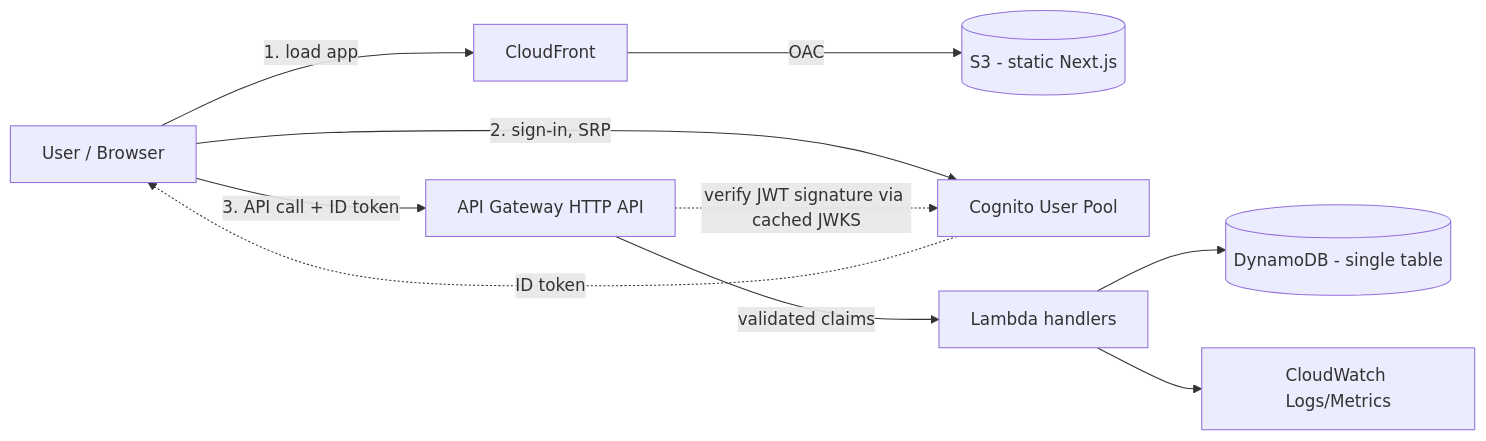
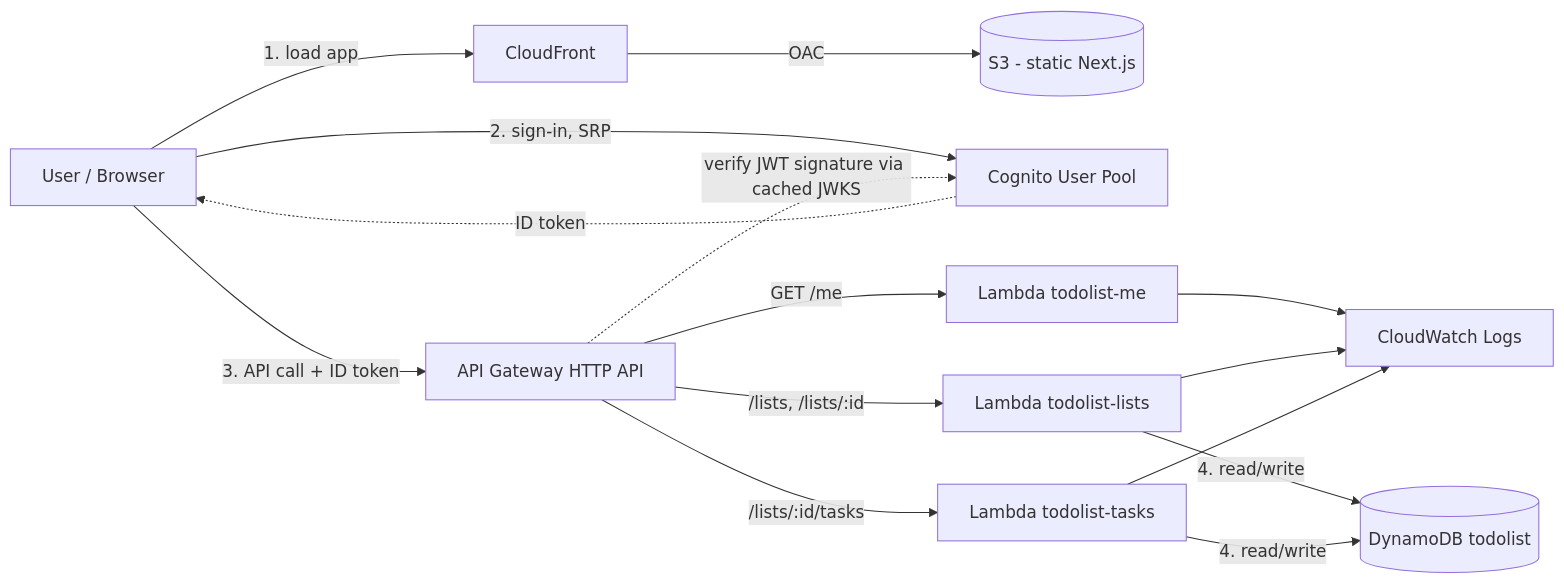
One commit to Pereira277/todolist-app changed the first of 3 diagrams in docs/architecture.md. Above: the diagram before and after it, drawn with Mermaid. The commit also changed other lines of this file and 6 other files, not shown here.

````diff
--- a/docs/architecture.md
+++ b/docs/architecture.md
@@ -28,12 +5,17 @@
 ```mermaid
 flowchart LR
   U[User / Browser] -->|1. load app| CF[CloudFront]
   CF -->|OAC| S3[(S3 - static Next.js)]
   U -->|2. sign-in, SRP| COG[Cognito User Pool]
   COG -.->|ID token| U
   U -->|3. API call + ID token| APIGW[API Gateway HTTP API]
   APIGW -.->|verify JWT signature via cached JWKS| COG
-  APIGW -->|validated claims| L[Lambda handlers]
-  L --> DDB[(DynamoDB - single table)]
-  L --> CW[CloudWatch Logs/Metrics]
+  APIGW -->|GET /me| LME[Lambda todolist-me]
+  APIGW -->|/lists, /lists/:id| LL[Lambda todolist-lists]
+  APIGW -->|/lists/:id/tasks| LT[Lambda todolist-tasks]
+  LL -->|4. read/write| DDB[(DynamoDB todolist)]
+  LT -->|4. read/write| DDB
+  LME --> CW[CloudWatch Logs]
+  LL --> CW
+  LT --> CW
 ```
````
